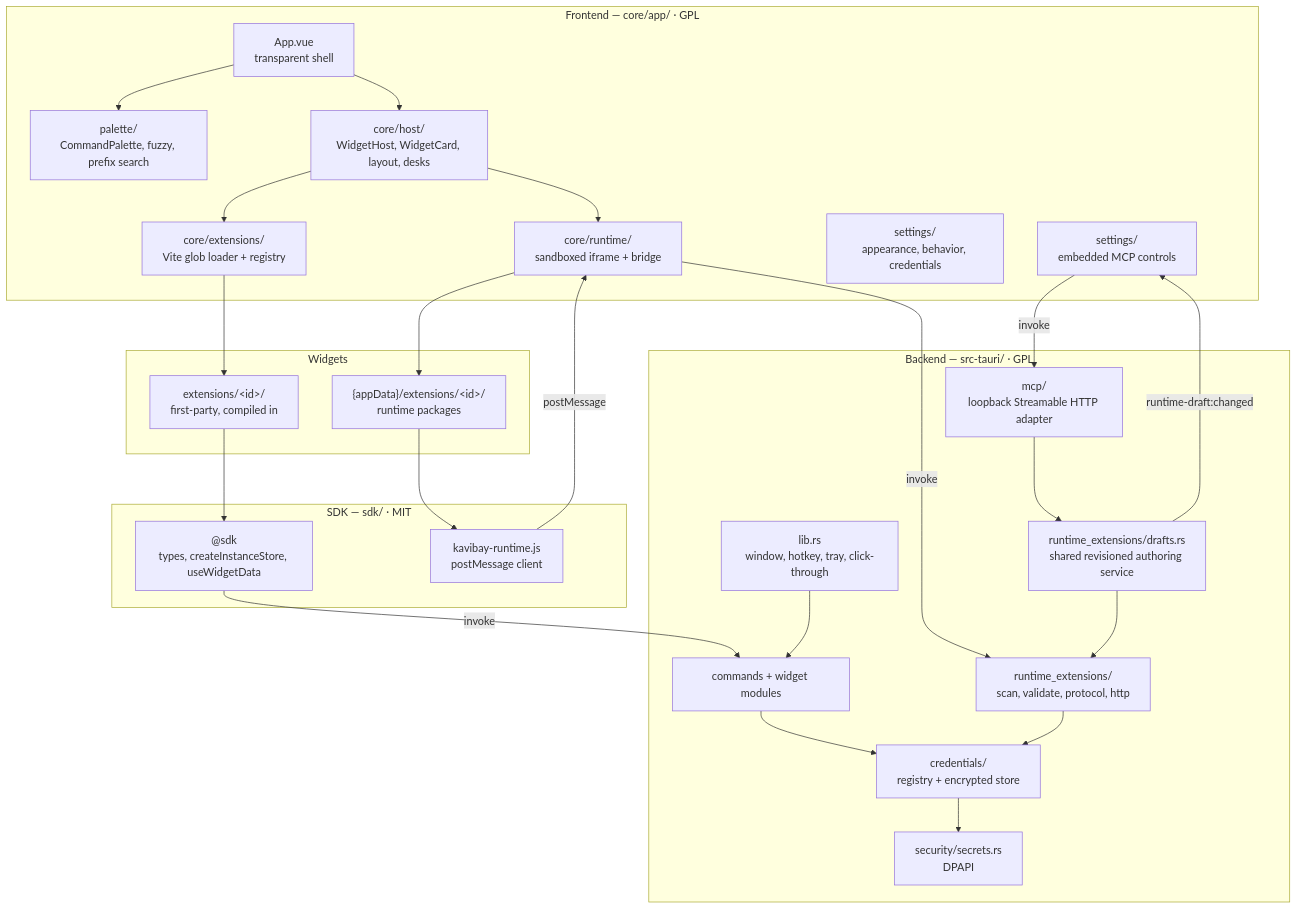
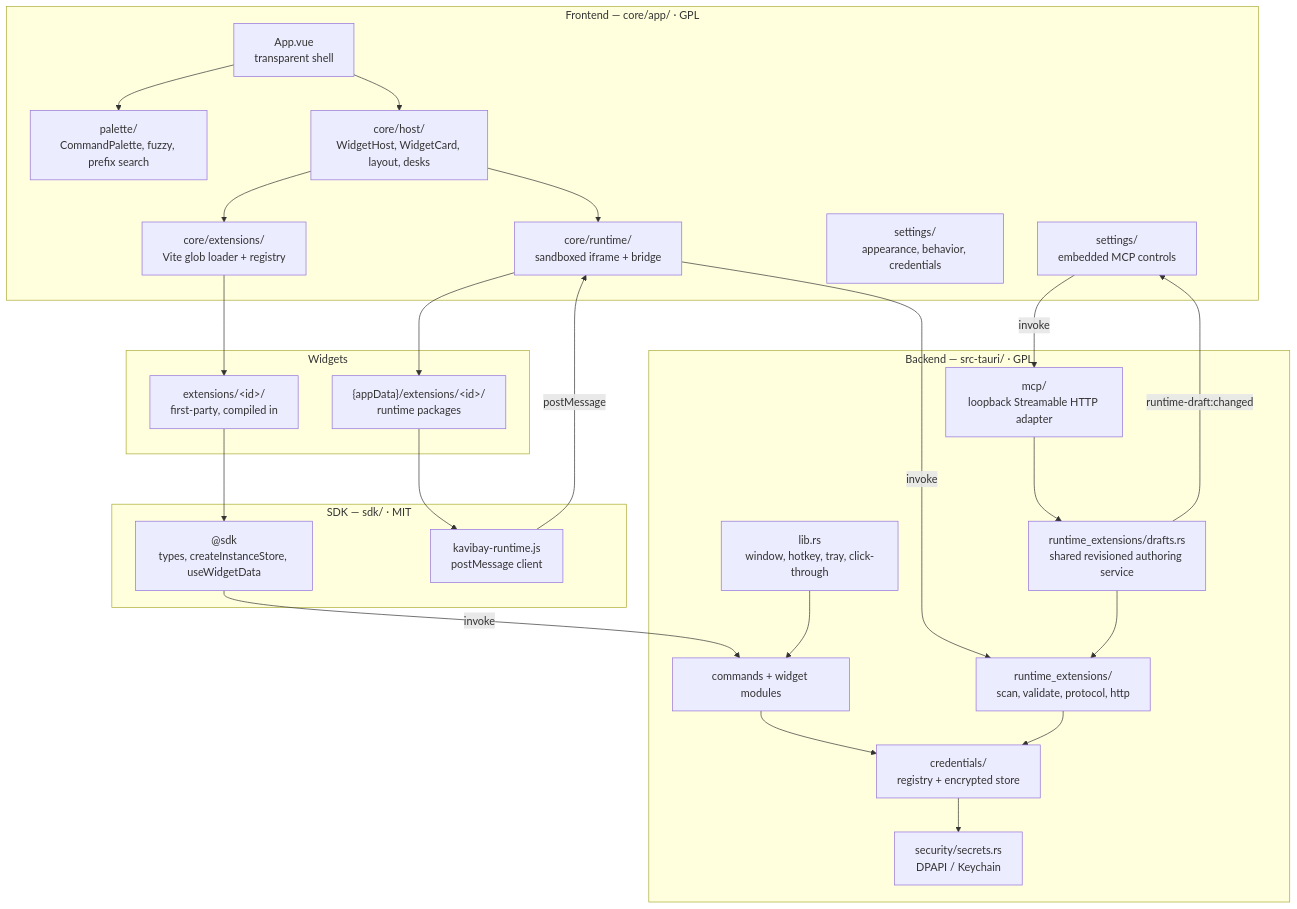
Before and after one commit to kavibay/kavibay: the first of 6 diagrams in docs/architecture.md, drawn with Mermaid. The commit also changed other lines of this file and 13 other files, not shown here.

First line of the commit message:
feat(secrets): add a macOS backend with a Keychain-held key

````diff
--- a/docs/architecture.md
+++ b/docs/architecture.md
@@ -9,52 +9,52 @@
 ```mermaid
 flowchart TB
     subgraph fe["Frontend — core/app/ · GPL"]
         app["App.vue<br/>transparent shell"]
         pal["palette/<br/>CommandPalette, fuzzy, prefix search"]
         host["core/host/<br/>WidgetHost, WidgetCard, layout, desks"]
         reg["core/extensions/<br/>Vite glob loader + registry"]
         run["core/runtime/<br/>sandboxed iframe + bridge"]
         set["settings/<br/>appearance, behavior, credentials"]
         mcpui["settings/<br/>embedded MCP controls"]
     end
 
     subgraph sdkbox["SDK — sdk/ · MIT"]
         sdke["@sdk<br/>types, createInstanceStore, useWidgetData"]
         sdkr["kavibay-runtime.js<br/>postMessage client"]
     end
 
     subgraph ext["Widgets"]
         first["extensions/&lt;id&gt;/<br/>first-party, compiled in"]
         pkg["{appData}/extensions/&lt;id&gt;/<br/>runtime packages"]
     end
 
     subgraph be["Backend — src-tauri/ · GPL"]
         libmod["lib.rs<br/>window, hotkey, tray, click-through"]
         cmd["commands + widget modules"]
         cred["credentials/<br/>registry + encrypted store"]
         rtx["runtime_extensions/<br/>scan, validate, protocol, http"]
         authoring["runtime_extensions/drafts.rs<br/>shared revisioned authoring service"]
         mcp["mcp/<br/>loopback Streamable HTTP adapter"]
-        sec["security/secrets.rs<br/>DPAPI"]
+        sec["security/secrets.rs<br/>DPAPI / Keychain"]
     end
 
     app --> pal
     app --> host
     host --> reg
     reg --> first
     host --> run
     run --> pkg
     first --> sdke
     pkg --> sdkr
     sdke -- "invoke" --> cmd
     sdkr -- "postMessage" --> run
     run -- "invoke" --> rtx
     cmd --> cred
     rtx --> cred
     mcpui -- "invoke" --> mcp
     mcp --> authoring
     authoring --> rtx
     authoring -->|runtime-draft:changed| mcpui
     cred --> sec
     libmod --> cmd
 ```
````
